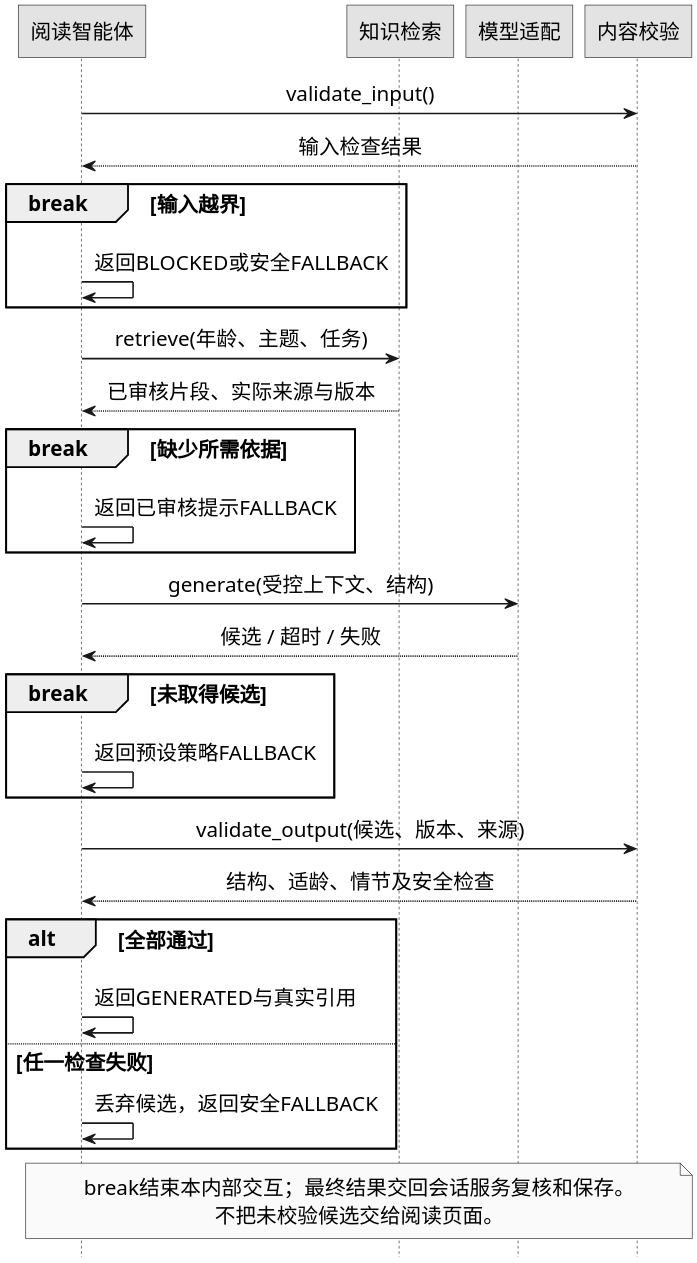
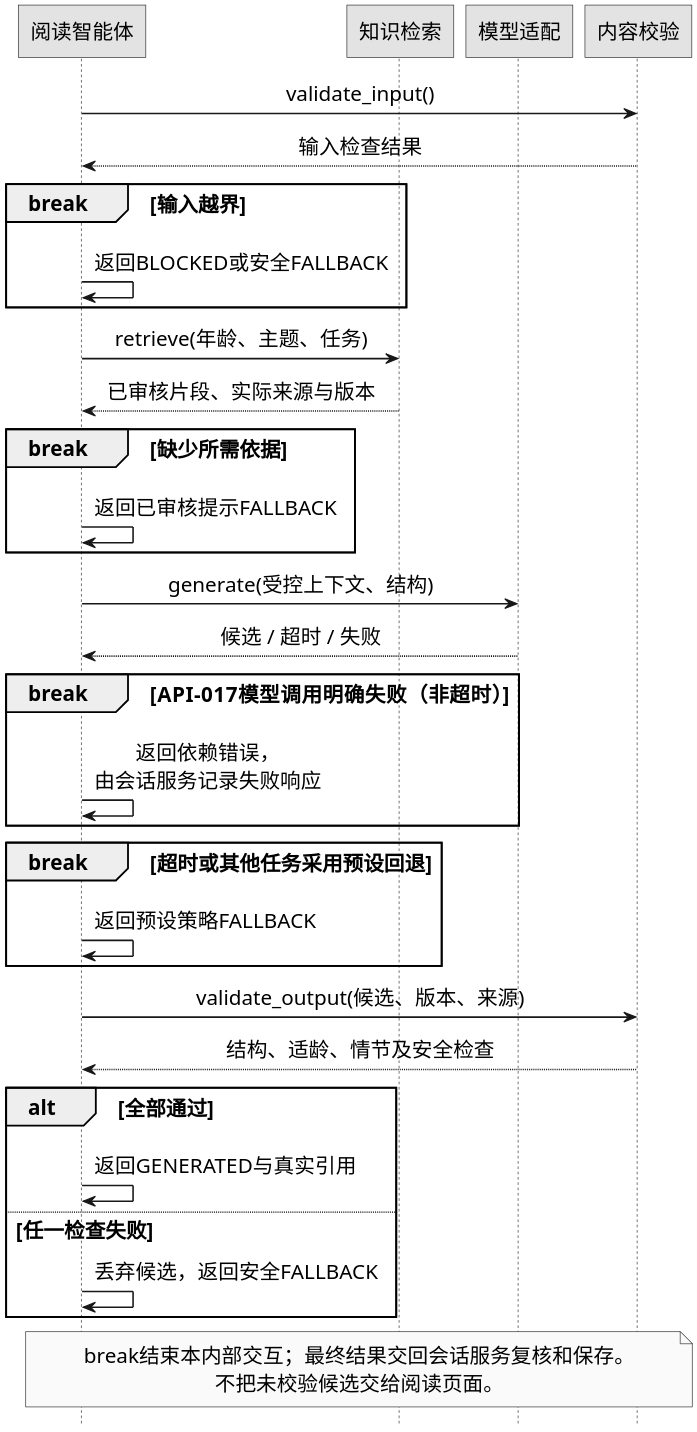
The diagram in docs/design/diagrams/system/fig-5-09-agent-validation-sequence.puml (209691048/202610-zhiya), drawn with PlantUML before and after one commit. The commit also changed 25 other files, not shown here.

```diff
--- a/docs/design/diagrams/system/fig-5-09-agent-validation-sequence.puml
+++ b/docs/design/diagrams/system/fig-5-09-agent-validation-sequence.puml
@@ -1,55 +1,58 @@
 @startuml
 ' ZHIYA v1.1 | 2026-11-04 | local PlantUML / Graphviz
 skinparam backgroundColor white
 skinparam defaultFontName Microsoft YaHei
 skinparam defaultFontSize 17
 skinparam shadowing false
 skinparam roundcorner 0
 skinparam dpi 220
 skinparam ArrowThickness 1.3
 skinparam monochrome true
 skinparam padding 3
 skinparam defaultTextAlignment center
 hide empty members
 <style>
 activityDiagram {
  activity {
   Padding 2
  }
 }
 </style>
 hide footbox
 skinparam maxMessageSize 260
 skinparam BoxPadding 8
 participant "阅读智能体" as A
 participant "知识检索" as K
 participant "模型适配" as M
 participant "内容校验" as V
 A -> V : validate_input()
 V --> A : 输入检查结果
 break 输入越界
  A -> A : 返回BLOCKED或安全FALLBACK
 end
 A -> K : retrieve(年龄、主题、任务)
 K --> A : 已审核片段、实际来源与版本
 break 缺少所需依据
  A -> A : 返回已审核提示FALLBACK
 end
 A -> M : generate(受控上下文、结构)
 M --> A : 候选 / 超时 / 失败
-break 未取得候选
+break API-017模型调用明确失败（非超时）
+ A -> A : 返回依赖错误，由会话服务记录失败响应
+end
+break 超时或其他任务采用预设回退
  A -> A : 返回预设策略FALLBACK
 end
 A -> V : validate_output(候选、版本、来源)
 V --> A : 结构、适龄、情节及安全检查
 alt 全部通过
  A -> A : 返回GENERATED与真实引用
 else 任一检查失败
  A -> A : 丢弃候选，返回安全FALLBACK
 end
 note over A,V
 break结束本内部交互；最终结果交回会话服务复核和保存。
 不把未校验候选交给阅读页面。
 end note
 
 @enduml
```
